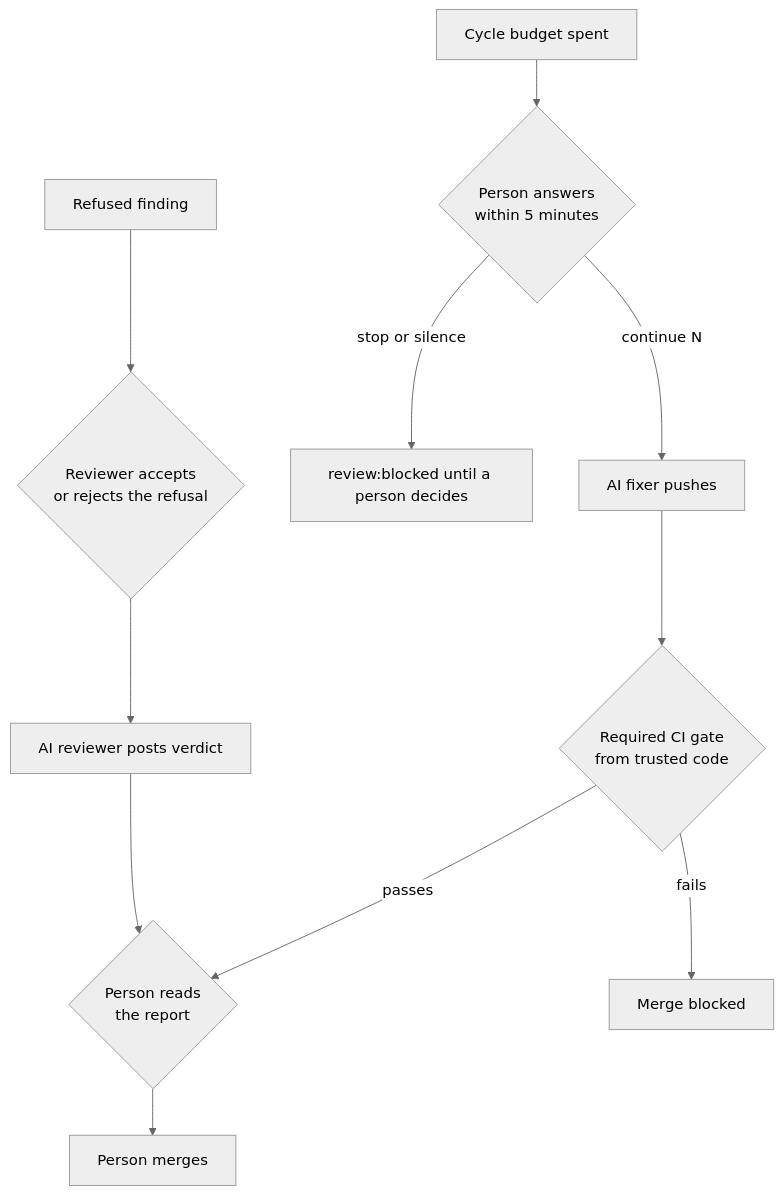
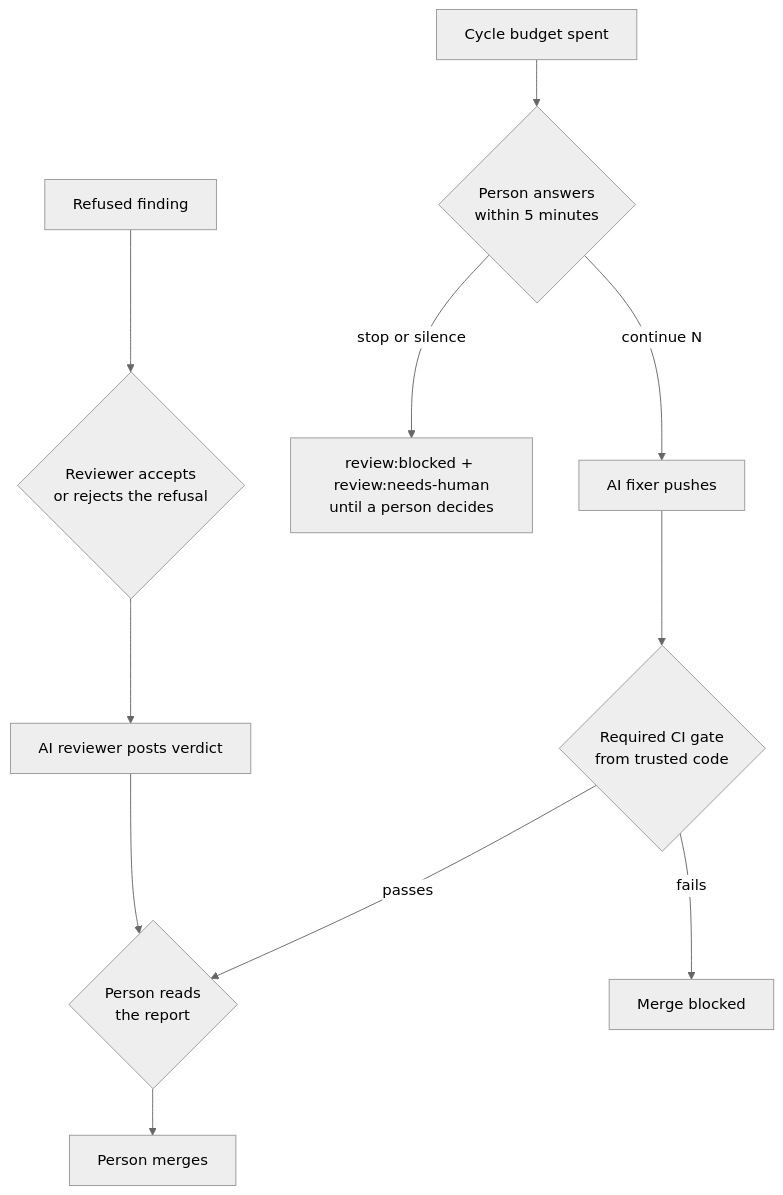
One commit to jonyfs/pr-reviewer-fixer changed the diagram in docs/diagrams/05-human-oversight.mmd. Above: the diagram before and after it, drawn with Mermaid (neutral theme). The commit also changed 95 other files, not shown here.

First line of the commit message:
Release 0.1.0: versioning, update notice, needs-human label, .agents/skills layout

```diff
--- a/docs/diagrams/05-human-oversight.mmd
+++ b/docs/diagrams/05-human-oversight.mmd
@@ -1,11 +1,11 @@
 flowchart TD
     A[AI reviewer posts verdict] --> B{Person reads<br/>the report}
     B --> C[Person merges]
     D[AI fixer pushes] --> E{Required CI gate<br/>from trusted code}
     E -- fails --> F[Merge blocked]
     E -- passes --> B
     G[Cycle budget spent] --> H{Person answers<br/>within 5 minutes}
     H -- continue N --> D
-    H -- stop or silence --> I[review:blocked until a person decides]
+    H -- stop or silence --> I[review:blocked + review:needs-human<br/>until a person decides]
     J[Refused finding] --> K{Reviewer accepts<br/>or rejects the refusal}
     K --> A
```
